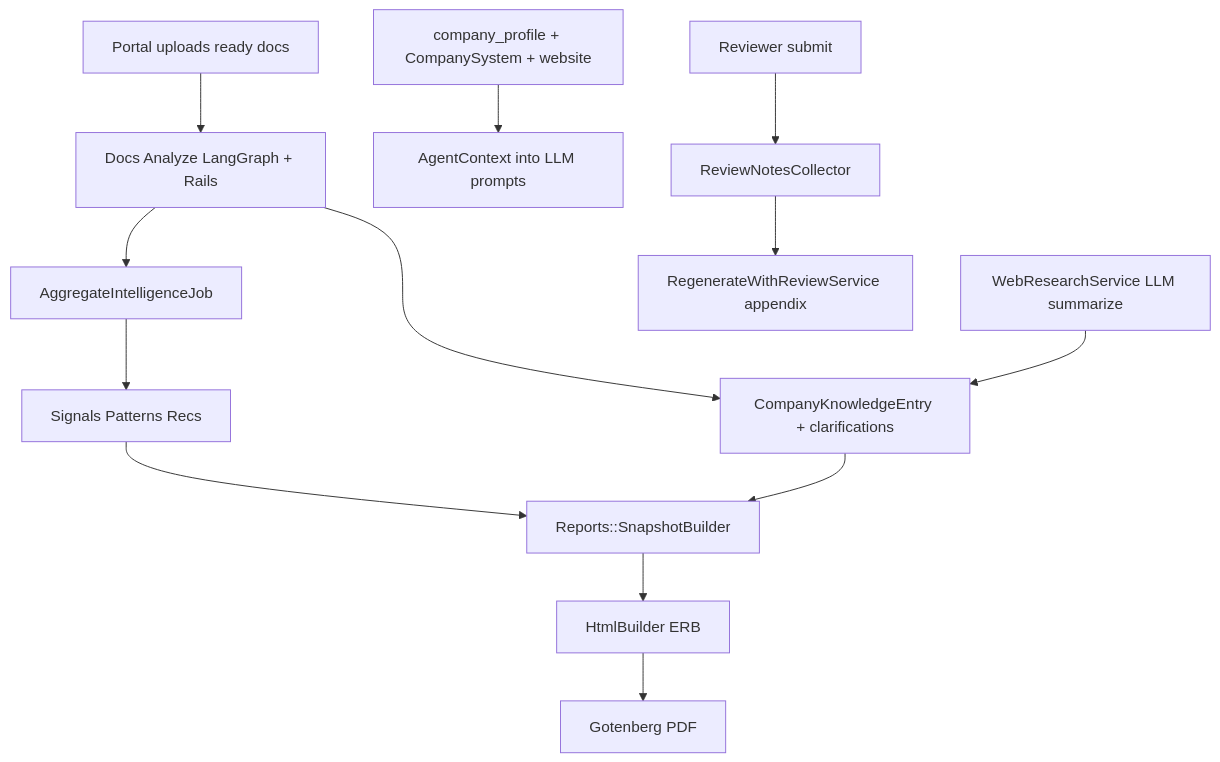
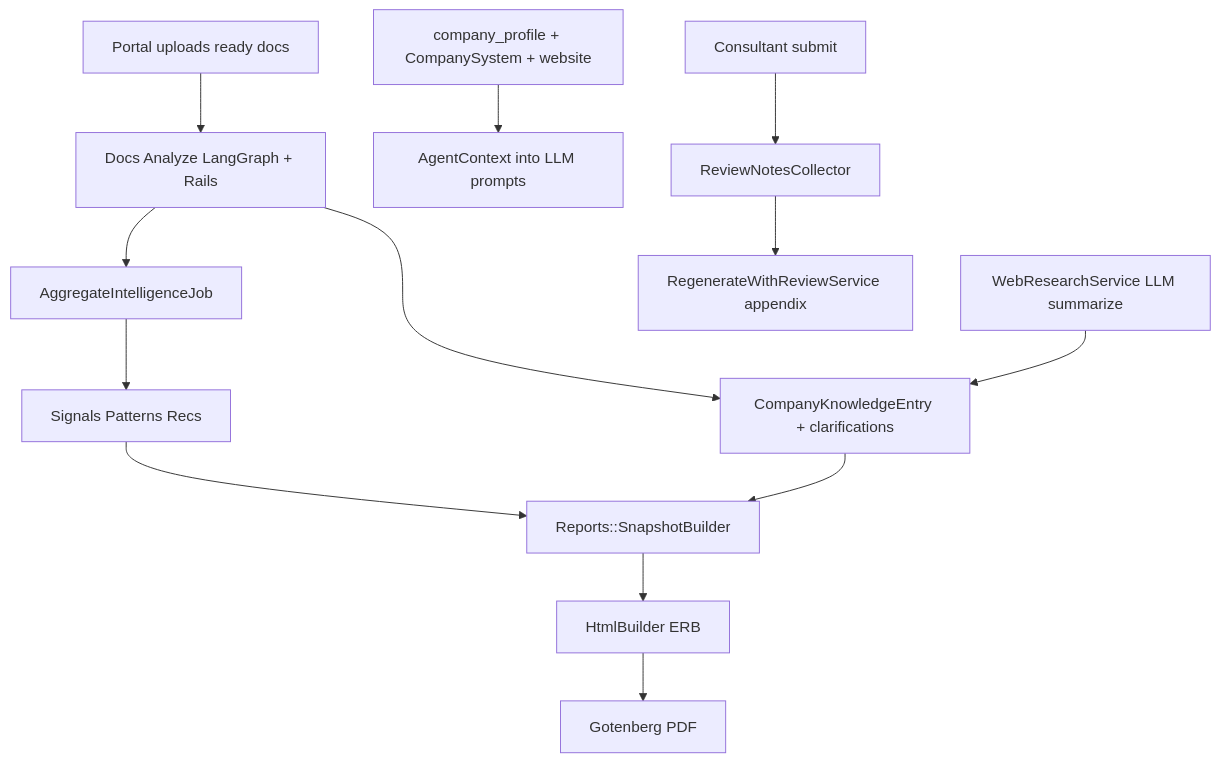
The diagram in docs/manual-test/scenario-gulflink/E2E_LOCAL_FULL.md (malikusman/req_app), drawn with Mermaid before and after one commit. The commit also changed other lines of this file and 444 other files, not shown here.

First line of the commit message:
Rename Reviewer to Consultant across the stack

````diff
--- a/docs/manual-test/scenario-gulflink/E2E_LOCAL_FULL.md
+++ b/docs/manual-test/scenario-gulflink/E2E_LOCAL_FULL.md
@@ -19,15 +19,15 @@
 ```mermaid
 flowchart TD
   docs[Portal uploads ready docs] --> analyze[Docs Analyze LangGraph + Rails]
   analyze --> kb[CompanyKnowledgeEntry + clarifications]
   analyze --> agg[AggregateIntelligenceJob]
   profile[company_profile + CompanySystem + website] --> agents[AgentContext into LLM prompts]
   web[WebResearchService LLM summarize] --> kb
   agg --> signals[Signals Patterns Recs]
   signals --> snap[Reports::SnapshotBuilder]
   kb --> snap
   snap --> html[HtmlBuilder ERB]
   html --> pdf[Gotenberg PDF]
-  reviewer[Reviewer submit] --> overlay[ReviewNotesCollector]
+  consultant[Consultant submit] --> overlay[ReviewNotesCollector]
   overlay --> regen[RegenerateWithReviewService appendix]
 ```
````
